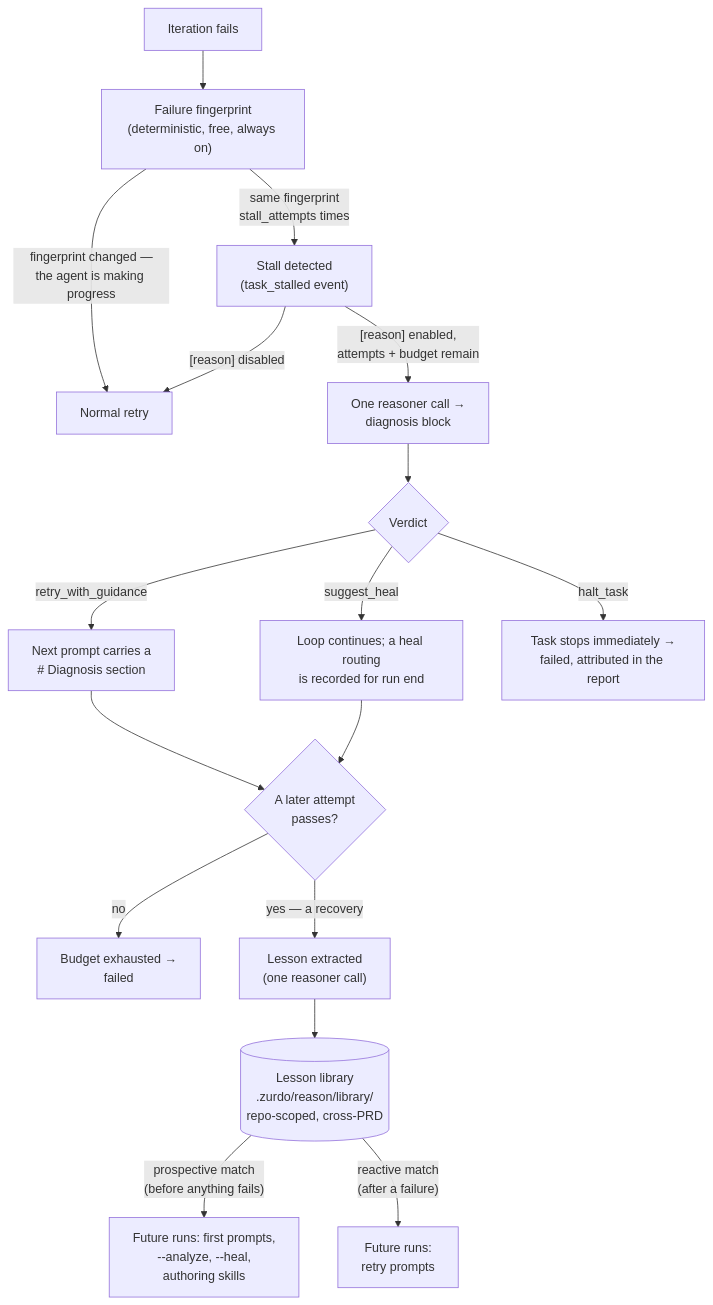
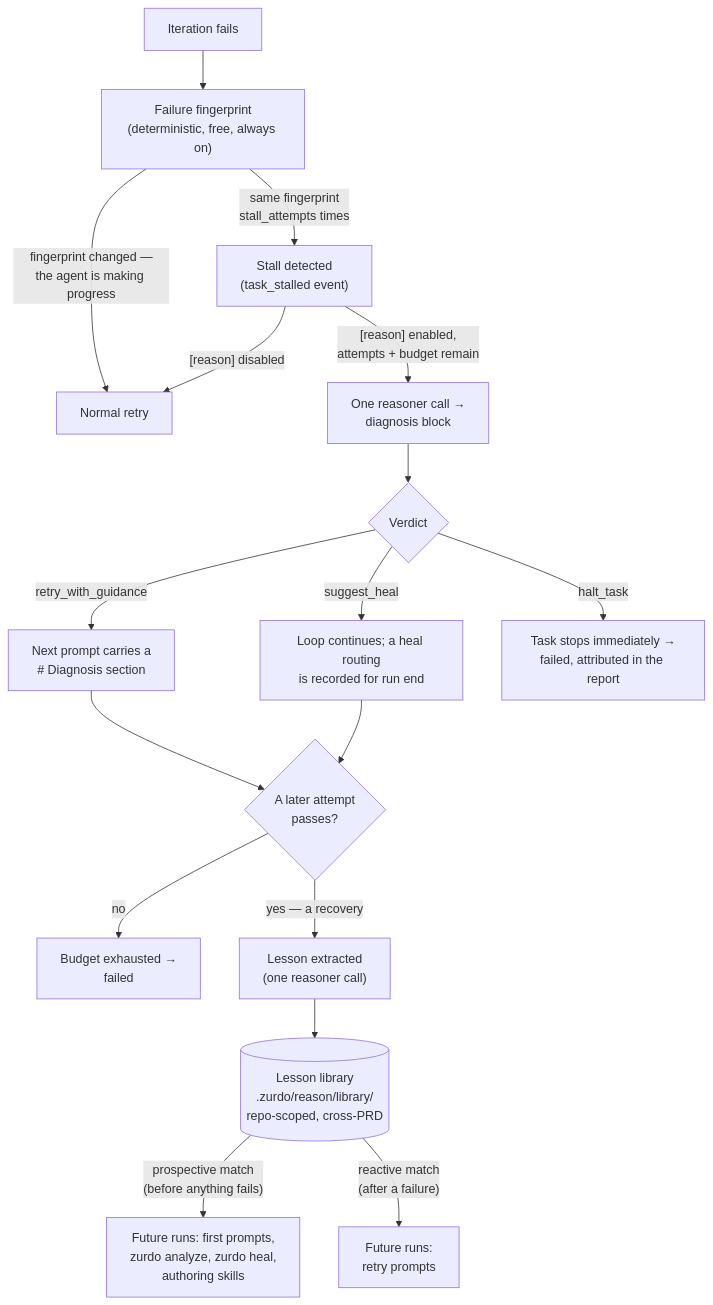
One commit to NumeronAI/zurdo.github.io changed the diagram in docs/reason.md. Above: the diagram before and after it, drawn with Mermaid. The commit also changed other lines of this file and 13 other files, not shown here.

````diff
--- a/docs/reason.md
+++ b/docs/reason.md
@@ -32,19 +32,19 @@
 ```mermaid
 flowchart TD
     FAIL["Iteration fails"] --> FP["Failure fingerprint<br/>(deterministic, free, always on)"]
     FP -->|"fingerprint changed —<br/>the agent is making progress"| RETRY["Normal retry"]
     FP -->|"same fingerprint<br/>stall_attempts times"| STALL["Stall detected<br/>(task_stalled event)"]
     STALL -->|"[reason] disabled"| RETRY
     STALL -->|"[reason] enabled,<br/>attempts + budget remain"| DIAG["One reasoner call →<br/>diagnosis block"]
     DIAG --> V{"Verdict"}
     V -->|retry_with_guidance| INJ["Next prompt carries a<br/># Diagnosis section"]
     V -->|suggest_heal| ROUTE["Loop continues; a heal routing<br/>is recorded for run end"]
     V -->|halt_task| HALT["Task stops immediately →<br/>failed, attributed in the report"]
     INJ --> OUT{"A later attempt<br/>passes?"}
     ROUTE --> OUT
     OUT -->|"no"| EXHAUST["Budget exhausted →<br/>failed"]
     OUT -->|"yes — a recovery"| EXTRACT["Lesson extracted<br/>(one reasoner call)"]
     EXTRACT --> LIB[("Lesson library<br/>.zurdo/reason/library/<br/>repo-scoped, cross-PRD")]
-    LIB -->|"prospective match<br/>(before anything fails)"| FUT1["Future runs: first prompts,<br/>--analyze, --heal,<br/>authoring skills"]
+    LIB -->|"prospective match<br/>(before anything fails)"| FUT1["Future runs: first prompts,<br/>zurdo analyze, zurdo heal,<br/>authoring skills"]
     LIB -->|"reactive match<br/>(after a failure)"| FUT2["Future runs:<br/>retry prompts"]
 ```
````
